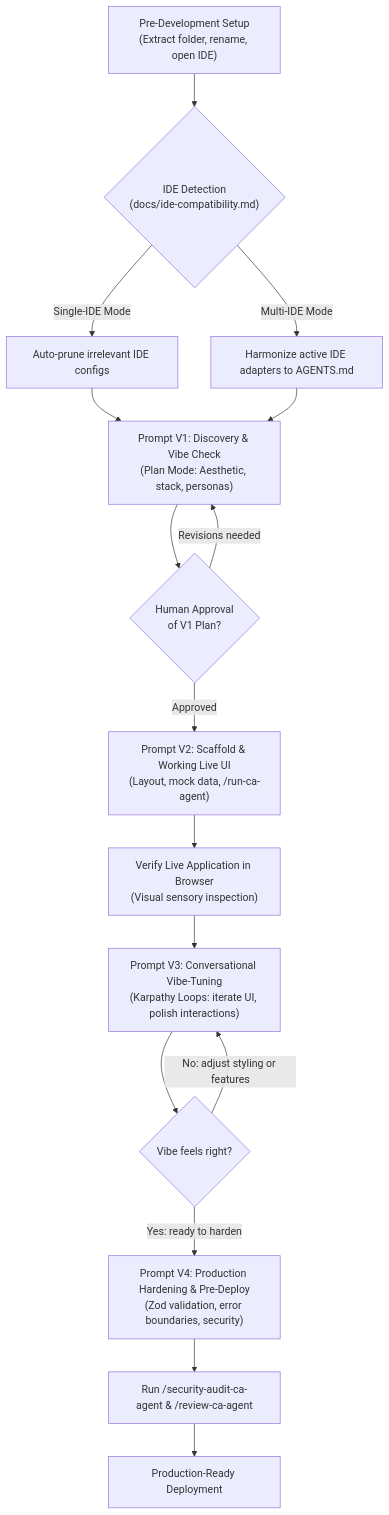
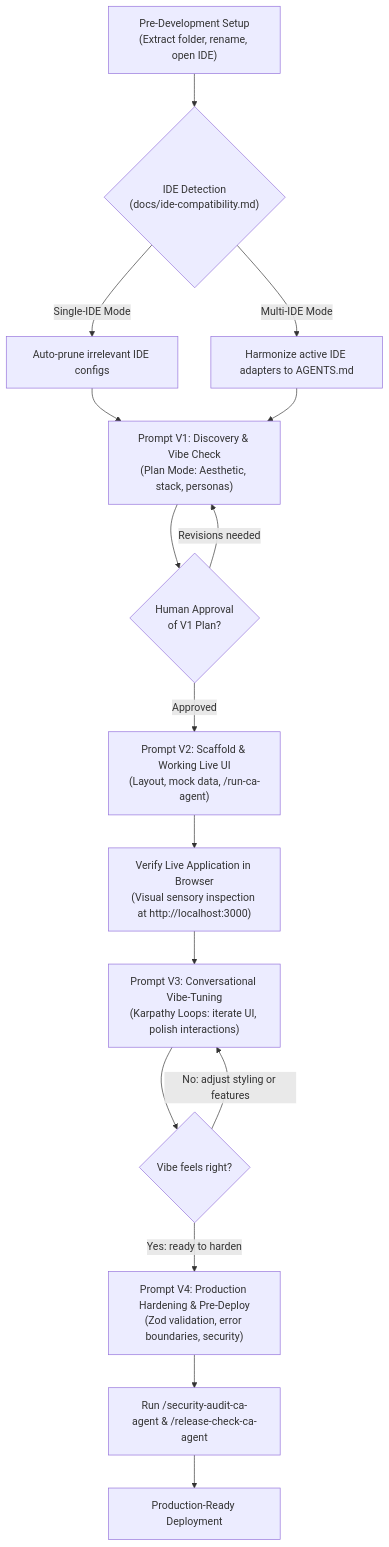
One commit to rmsofficialsyt/Agentic-AI-Vibe-Coding-AND-SDD-TDD-Codebase-Chandan-Adhikary changed the first of 2 diagrams in README.md. Above: the diagram before and after it, drawn with Mermaid. The commit also changed other lines of this file, not shown here.

````diff
--- a/README.md
+++ b/README.md
@@ -47,23 +47,23 @@
 ```mermaid
 flowchart TD
     Setup["Pre-Development Setup<br/>(Extract folder, rename, open IDE)"] --> IDEDetect{"IDE Detection<br/>(docs/ide-compatibility.md)"}
     IDEDetect -->|"Single-IDE Mode"| Prune["Auto-prune irrelevant IDE configs"]
     IDEDetect -->|"Multi-IDE Mode"| Sync["Harmonize active IDE adapters to AGENTS.md"]
     
     Prune --> PV1["Prompt V1: Discovery & Vibe Check<br/>(Plan Mode: Aesthetic, stack, personas)"]
     Sync --> PV1
     
     PV1 --> HumanV1{"Human Approval<br/>of V1 Plan?"}
     HumanV1 -->|"Revisions needed"| PV1
     HumanV1 -->|"Approved"| PV2["Prompt V2: Scaffold & Working Live UI<br/>(Layout, mock data, /run-ca-agent)"]
     
-    PV2 --> LiveCheck["Verify Live Application in Browser<br/>(Visual sensory inspection)"]
+    PV2 --> LiveCheck["Verify Live Application in Browser<br/>(Visual sensory inspection at http://localhost:3000)"]
     
     LiveCheck --> PV3["Prompt V3: Conversational Vibe-Tuning<br/>(Karpathy Loops: iterate UI, polish interactions)"]
     PV3 --> Loop{"Vibe feels right?"}
     Loop -->|"No: adjust styling or features"| PV3
     Loop -->|"Yes: ready to harden"| PV4["Prompt V4: Production Hardening & Pre-Deploy<br/>(Zod validation, error boundaries, security)"]
     
-    PV4 --> Audits["Run /security-audit-ca-agent & /review-ca-agent"]
+    PV4 --> Audits["Run /security-audit-ca-agent & /release-check-ca-agent"]
     Audits --> Ship["Production-Ready Deployment"]
 ```
````
